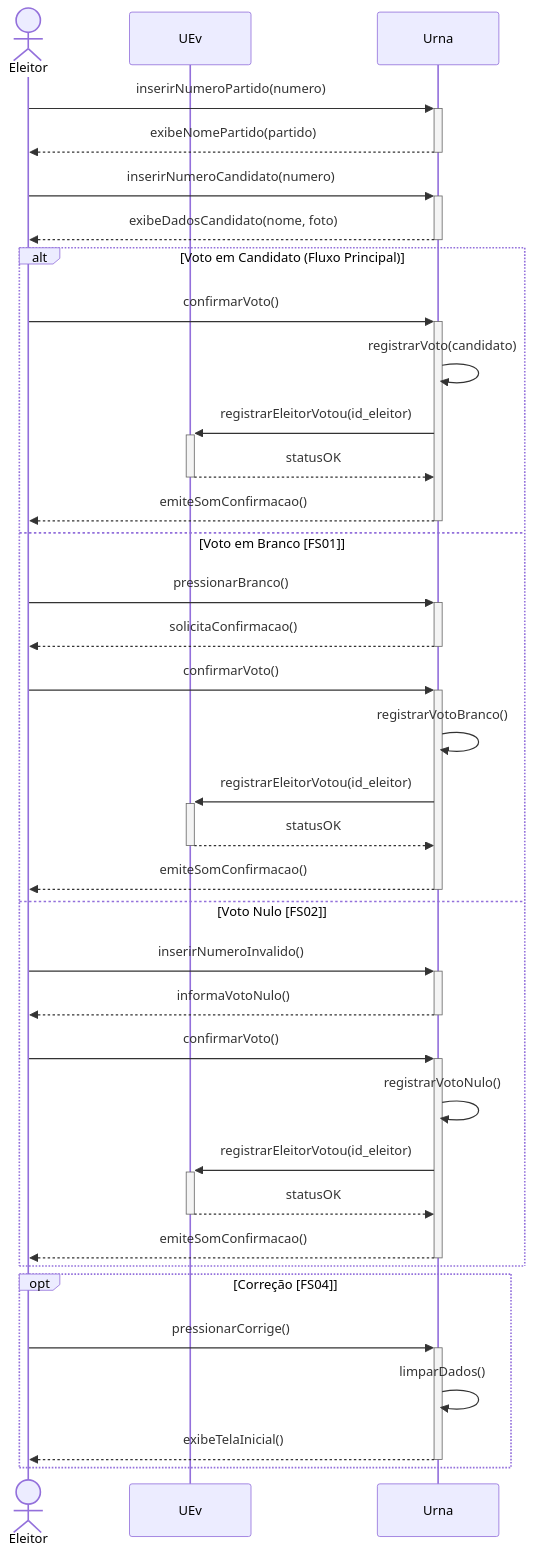
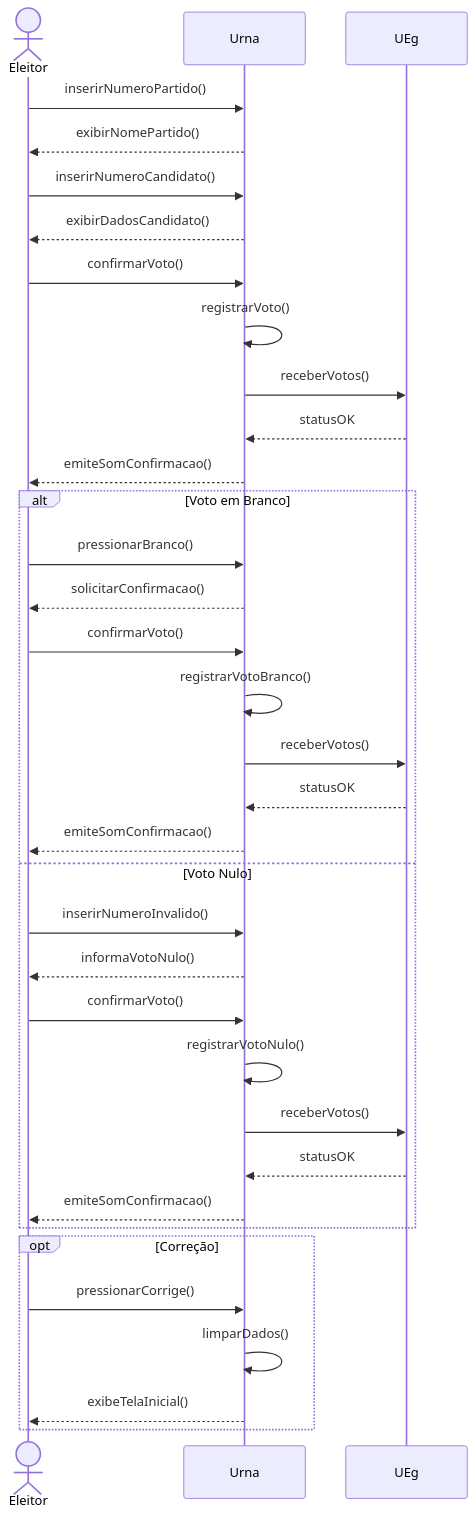
One commit to CittaSebas/UrnaEletronica changed the fifth of 6 diagrams in README.md. Above: the diagram before and after it, drawn with Mermaid. The commit also changed other lines of this file, not shown here.

Commit message:
Atualizei o diagrama de classes e os de sequência, bem como o UC_06 e o UC_04

````diff
--- a/README.md
+++ b/README.md
@@ -182,43 +161,44 @@
 ```mermaid
 sequenceDiagram
     actor Eleitor
-    participant UEv
+    participant Urna
+    participant UEg
 
-    Eleitor->>+Urna: inserirNumeroPartido(numero)
-    Urna-->>-Eleitor: exibeNomePartido(partido)
+    Eleitor->>Urna: inserirNumeroPartido()
+    Urna-->>Eleitor: exibirNomePartido()
 
-    Eleitor->>+Urna: inserirNumeroCandidato(numero)
-    Urna-->>-Eleitor: exibeDadosCandidato(nome, foto)
+    Eleitor->>Urna: inserirNumeroCandidato()
+    Urna-->>Eleitor: exibirDadosCandidato()
 
-    alt Voto em Candidato (Fluxo Principal)
-        Eleitor->>+Urna: confirmarVoto()
-        Urna->>Urna: registrarVoto(candidato)
-        Urna->>+UEv: registrarEleitorVotou(id_eleitor)
-        UEv-->>-Urna: statusOK
-        Urna-->>-Eleitor: emiteSomConfirmacao()
+    %% Fluxo principal: Voto em Candidato
+    Eleitor->>Urna: confirmarVoto()
+    Urna->>Urna: registrarVoto()
+    Urna->>UEg: receberVotos()
+    UEg-->>Urna: statusOK
+    Urna-->>Eleitor: emiteSomConfirmacao()
 
-    else Voto em Branco [FS01]
-        Eleitor->>+Urna: pressionarBranco()
-        Urna-->>-Eleitor: solicitaConfirmacao()
-        Eleitor->>+Urna: confirmarVoto()
+    %% Fluxos alternativos
+    alt Voto em Branco
+        Eleitor->>Urna: pressionarBranco()
+        Urna-->>Eleitor: solicitarConfirmacao()
+        Eleitor->>Urna: confirmarVoto()
         Urna->>Urna: registrarVotoBranco()
-        Urna->>+UEv: registrarEleitorVotou(id_eleitor)
-        UEv-->>-Urna: statusOK
-        Urna-->>-Eleitor: emiteSomConfirmacao()
-
-    else Voto Nulo [FS02]
-        Eleitor->>+Urna: inserirNumeroInvalido()
-        Urna-->>-Eleitor: informaVotoNulo()
-        Eleitor->>+Urna: confirmarVoto()
+        Urna->>UEg: receberVotos()
+        UEg-->>Urna: statusOK
+        Urna-->>Eleitor: emiteSomConfirmacao()
+    else Voto Nulo
+        Eleitor->>Urna: inserirNumeroInvalido()
+        Urna-->>Eleitor: informaVotoNulo()
+        Eleitor->>Urna: confirmarVoto()
         Urna->>Urna: registrarVotoNulo()
-        Urna->>+UEv: registrarEleitorVotou(id_eleitor)
-        UEv-->>-Urna: statusOK
-        Urna-->>-Eleitor: emiteSomConfirmacao()
+        Urna->>UEg: receberVotos()
+        UEg-->>Urna: statusOK
+        Urna-->>Eleitor: emiteSomConfirmacao()
     end
 
-    opt Correção [FS04]
-        Eleitor->>+Urna: pressionarCorrige()
+    opt Correção
+        Eleitor->>Urna: pressionarCorrige()
         Urna->>Urna: limparDados()
-        Urna-->>-Eleitor: exibeTelaInicial()
+        Urna-->>Eleitor: exibeTelaInicial()
     end
 ```
````
